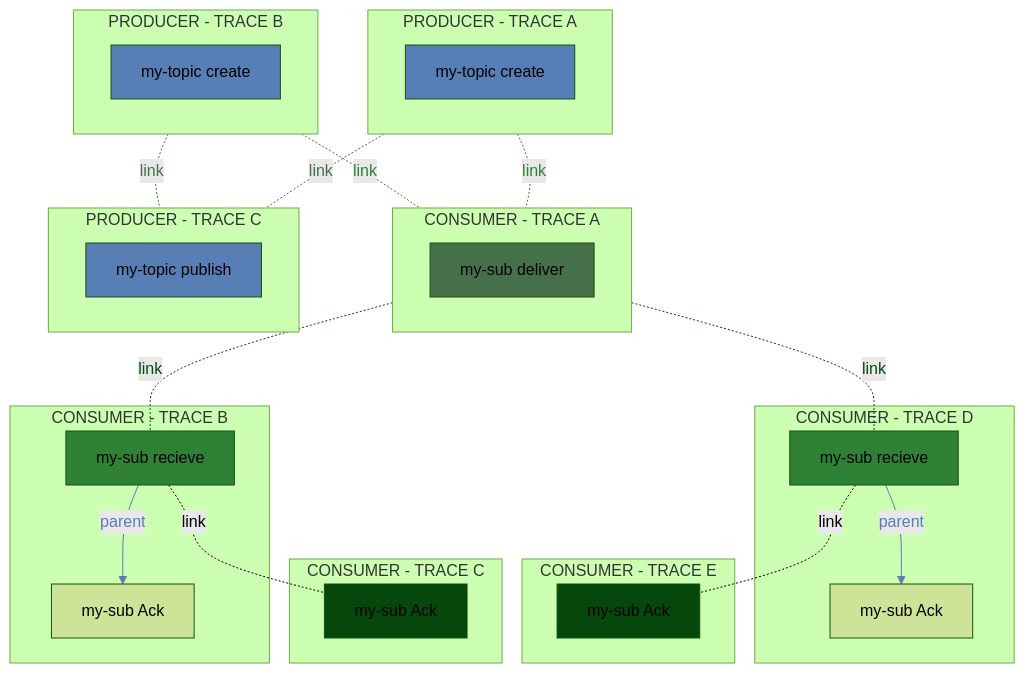
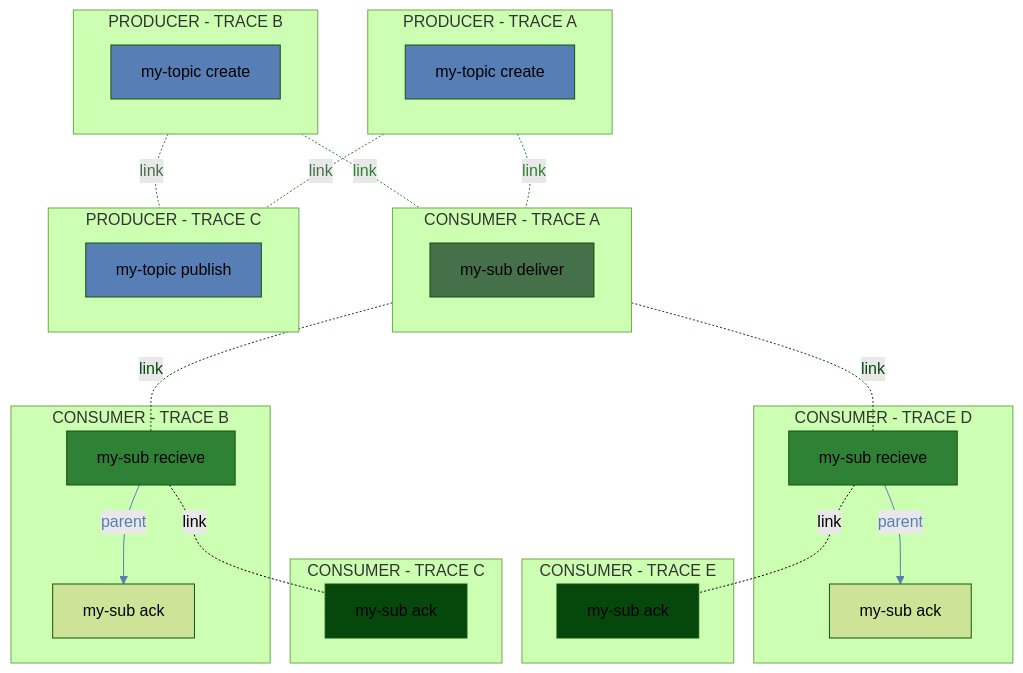
Before and after one commit to alevenberg/semantic-conventions: diagram 27 of 30 in docs/messaging/gcp-pubsub.md, drawn with Mermaid (forest theme). The commit also changed other lines of this file, not shown here.

````diff
--- a/docs/messaging/gcp-pubsub.md
+++ b/docs/messaging/gcp-pubsub.md
@@ -1213,63 +1255,63 @@
 ```mermaid
 flowchart TD;
   subgraph CONSUMER - TRACE E  
- Ack1[my-sub Ack]
+ Ack1[my-sub ack]
   end
   subgraph CONSUMER - TRACE D
  Modack1[my-sub recieve]
- L[my-sub Ack]
+ L[my-sub ack]
   Modack1--parent-->L;
   end
   subgraph CONSUMER - TRACE C  
- Ack[my-sub Ack]
+ Ack[my-sub ack]
   end
   subgraph CONSUMER - TRACE B
  Modack[my-sub recieve]
- B[my-sub Ack]
+ B[my-sub ack]
   Modack--parent-->B;
  end
     subgraph CONSUMER - TRACE A
    direction RL
 S[my-sub deliver]
     %% link 9
   end
       subgraph PRODUCER - TRACE C
    direction RL
  PRPC[my-topic publish]
   end
     subgraph PRODUCER - TRACE B
    direction RL
  C1[my-topic create]
   end
   subgraph PRODUCER - TRACE A
    direction RL
  C[my-topic create]
   end
   C-. link .-PRPC;
   C1-. link .-PRPC;
 
   C-. link .-S;
   C1-. link .-S;
 
  S-. link .-Modack;
  S-. link .-Modack1;
  Modack-. link .-Ack;
  Modack1-. link .-Ack1;
 
    classDef consumer fill:#467049
   class S,MQ,LM,BS,CC,D consumer
   linkStyle 2,3 color:#467049,stroke:#467049
 
   classDef Modack fill:#2f8235
   class Modack,Modack1 Modack
   linkStyle 4,5 color:#2f8235,stroke:#2f8235
      classDef Ack fill:#06470b
   class Ack,Ack1 Ack
   linkStyle 6,7 color:#06470b,stroke:#06470b
 
   classDef producer fill:#577eb5
   class C,C1,PRPC producer
   linkStyle 0,1 color:#577eb5,stroke:#577eb5
 
 
 ```
````
